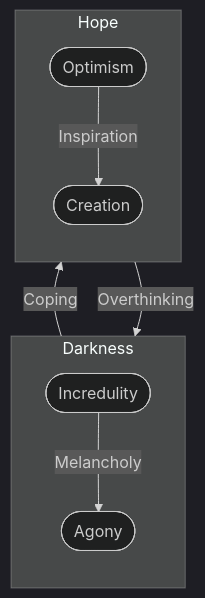
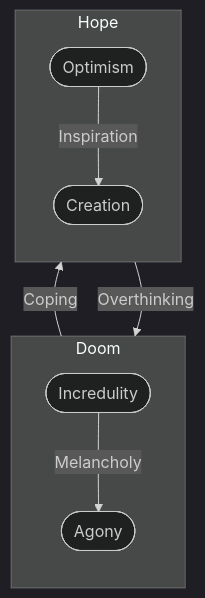
The diagram in content/note/dor_cronica.md (freenandes/topo-da-mente), drawn with Mermaid (dark theme) before and after one commit.

Commit message:
vault backup: 2023-10-22 15:44:26

````diff
--- a/content/note/dor_cronica.md
+++ b/content/note/dor_cronica.md
@@ -41,13 +41,13 @@
 ```mermaid
 flowchart BT
 subgraph Hope
 	direction TB
 	op([Optimism]) -- Inspiration --> cr([Creation])
 end
-subgraph Darkness
+subgraph Doom
 	direction TB
 	in([Incredulity]) -- Melancholy --> ag([Agony])
 end
 cr -- Overthinking --> in
 ag -- Coping --> op
 ```
````
